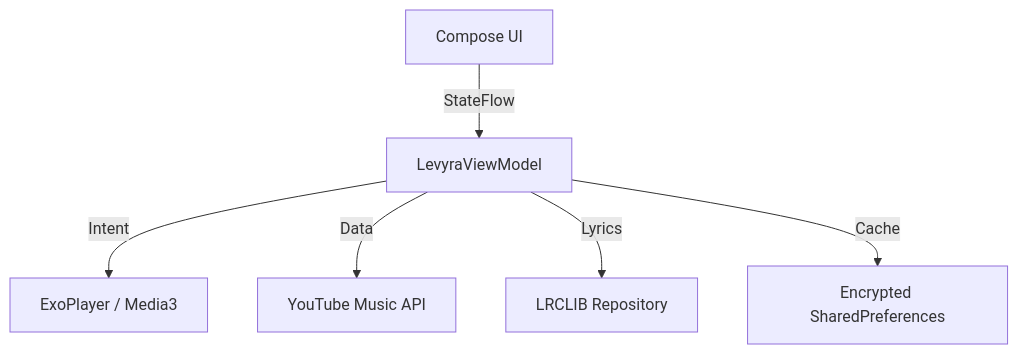
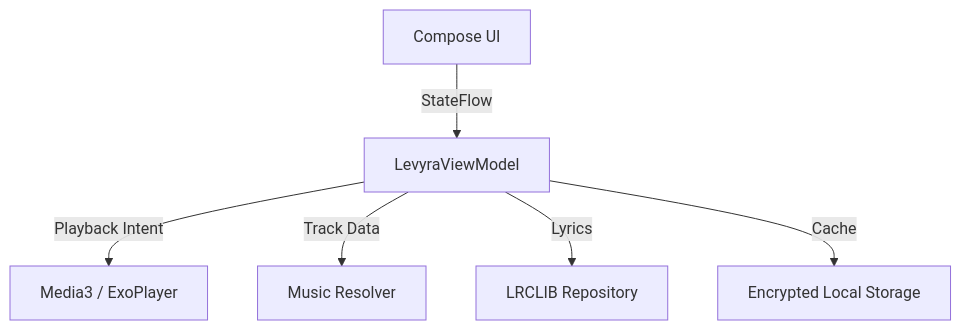
One commit to LUC4N3X/Levyra-deepsound changed the diagram in README.md. Above: the diagram before and after it, drawn with Mermaid. The commit also changed other lines of this file, not shown here.

````diff
--- a/README.md
+++ b/README.md
@@ -52,8 +75,8 @@
 ```mermaid
 graph TD
     UI[Compose UI] -->|StateFlow| VM[LevyraViewModel]
-    VM -->|Intent| Player[ExoPlayer / Media3]
-    VM -->|Data| YTM[YouTube Music API]
-    VM -->|Lyrics| LRC[LRCLIB Repository]
-    VM -->|Cache| Prefs[Encrypted SharedPreferences]
+    VM -->|Playback Intent| Player[Media3 / ExoPlayer]
+    VM -->|Track Data| Resolver[Music Resolver]
+    VM -->|Lyrics| Lyrics[LRCLIB Repository]
+    VM -->|Cache| Storage[Encrypted Local Storage]
 ```
````
